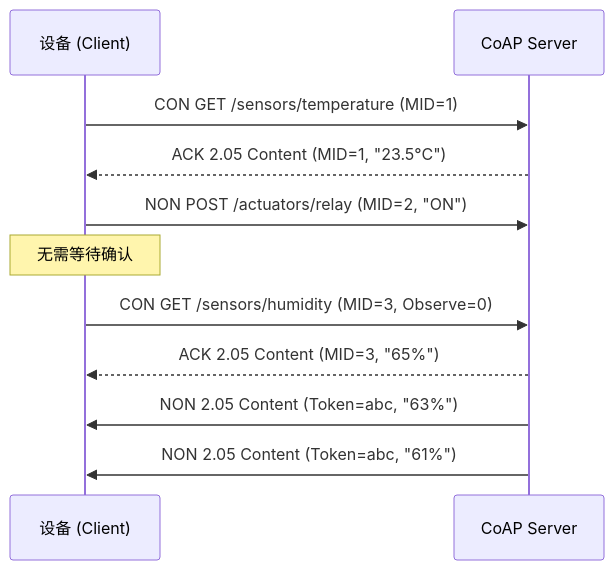
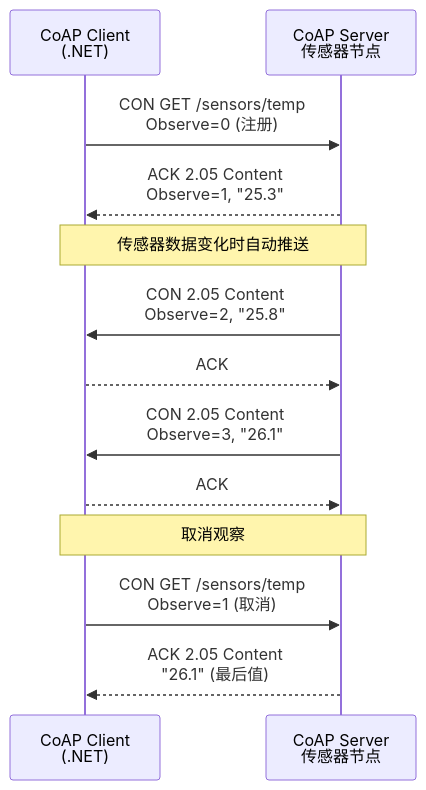
The fourth of 5 diagrams in src/后端开发/DotNet_IoT/03_通信协议/02_HTTP与CoAP.md (moklgydocs/moklgydocs.github.io), drawn with Mermaid before and after one commit. The commit also changed other lines of this file, not shown here.

````diff
--- a/src/后端开发/DotNet_IoT/03_通信协议/02_HTTP与CoAP.md
+++ b/src/后端开发/DotNet_IoT/03_通信协议/02_HTTP与CoAP.md
@@ -127,16 +447,19 @@
 ```mermaid
 sequenceDiagram
-    participant D as 设备 (Client)
-    participant S as CoAP Server
+    participant C as CoAP Client<br/>(.NET)
+    participant S as CoAP Server<br/>传感器节点
 
-    D->>S: CON GET /sensors/temperature (MID=1)
-    S-->>D: ACK 2.05 Content (MID=1, "23.5°C")
+    C->>S: CON GET /sensors/temp<br/>Observe=0 (注册)
+    S-->>C: ACK 2.05 Content<br/>Observe=1, "25.3"
 
-    D->>S: NON POST /actuators/relay (MID=2, "ON")
-    Note over D: 无需等待确认
+    Note over C,S: 传感器数据变化时自动推送
+    S->>C: CON 2.05 Content<br/>Observe=2, "25.8"
+    C-->>S: ACK
 
-    D->>S: CON GET /sensors/humidity (MID=3, Observe=0)
-    S-->>D: ACK 2.05 Content (MID=3, "65%")
-    S->>D: NON 2.05 Content (Token=abc, "63%")
-    S->>D: NON 2.05 Content (Token=abc, "61%")
+    S->>C: CON 2.05 Content<br/>Observe=3, "26.1"
+    C-->>S: ACK
+
+    Note over C,S: 取消观察
+    C->>S: CON GET /sensors/temp<br/>Observe=1 (取消)
+    S-->>C: ACK 2.05 Content<br/>"26.1" (最后值)
 ```
````
